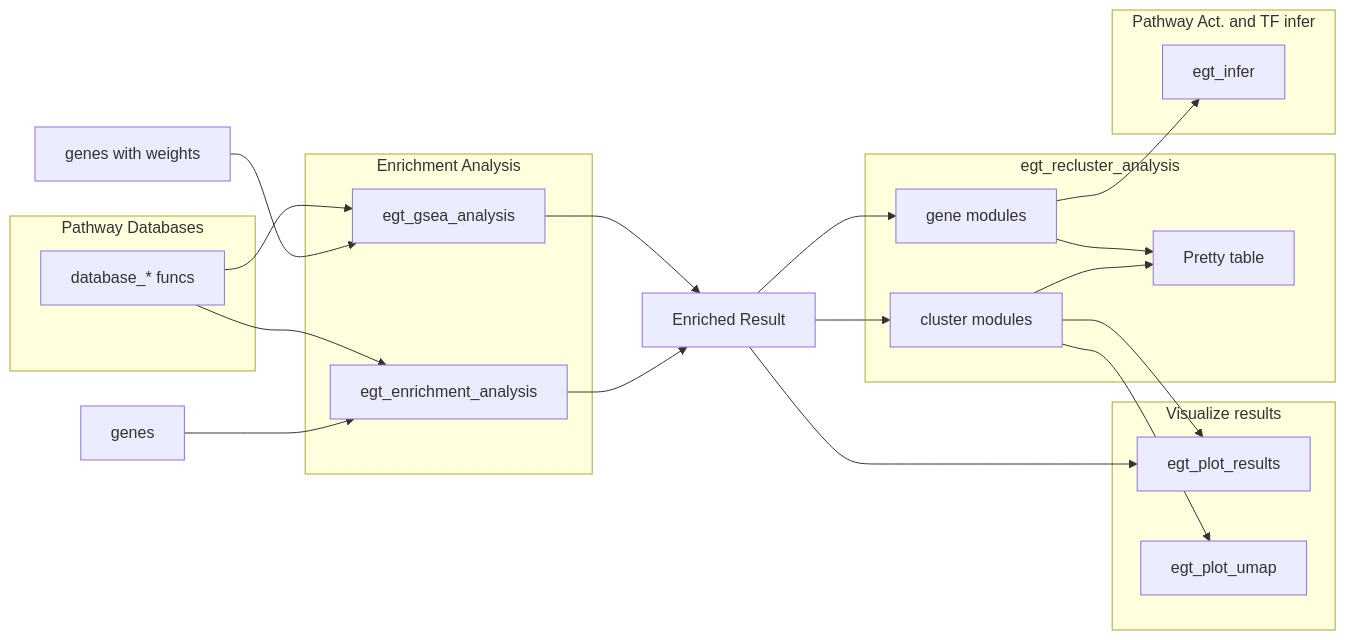
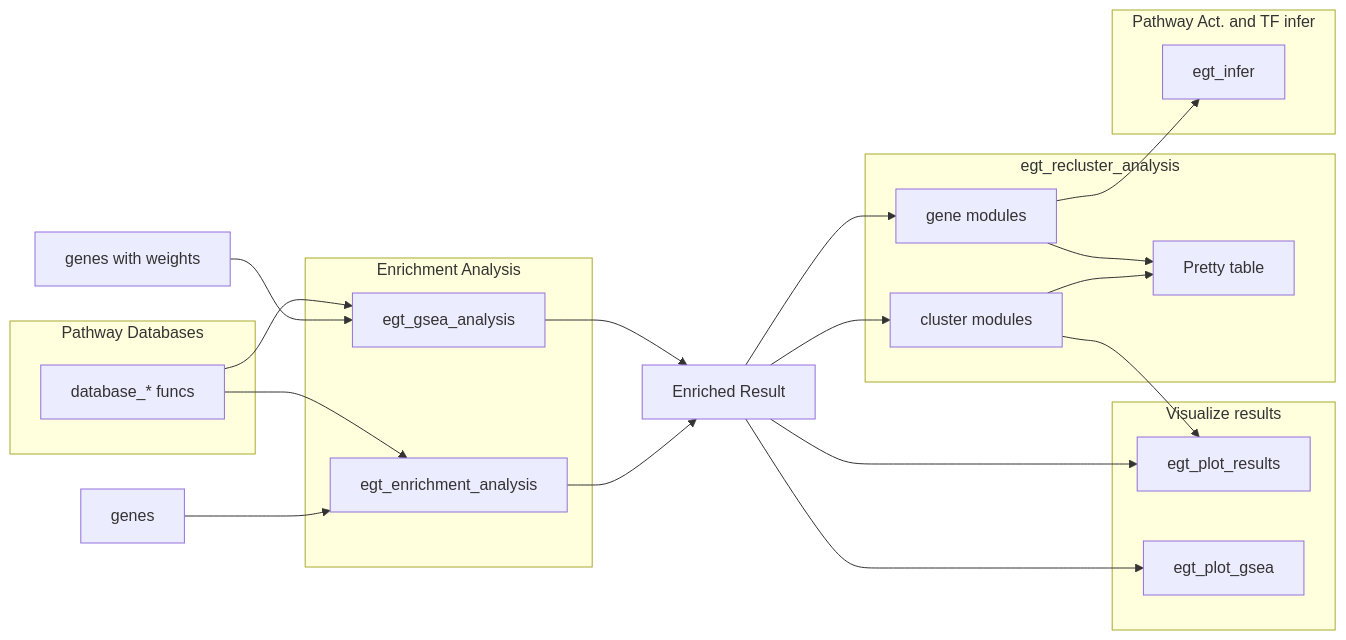
Before and after one commit to ZhimingYe/EnrichGT_website: the diagram in index.qmd, drawn with Mermaid. The commit also changed 23 other files, not shown here.

````diff
--- a/index.qmd
+++ b/index.qmd
@@ -70,57 +70,57 @@
 ```{mermaid}
 
 graph LR
     
     M[genes]
     N[genes with weights]
     
     subgraph Enrichment Analysis
         A[egt_enrichment_analysis]
         B[egt_gsea_analysis]
     end
 
     subgraph Pathway Databases
         D[database_* funcs]
     end
 
     subgraph Visualize results
         P1[egt_plot_results]
-        P2[egt_plot_umap]
+        P2[egt_plot_gsea]
     end
 
     subgraph egt_recluster_analysis
         K1[Pretty table]
         CC[cluster modules]
         MG[gene modules]
     end
 
     subgraph Pathway Act. and TF infer 
         
         I[egt_infer]
     end
     
     M --> A
     N --> B
     
     D --> A
     D --> B
     
     A --> C[Enriched Result]
     B --> C
 
     C --> CC
     C --> MG
 
     C --> P1
 
     CC --> K1
     MG --> K1
 
     CC --> P1
-    CC --> P2
+    C --> P2
 
     MG --> I
 
 
 
 ```
````
